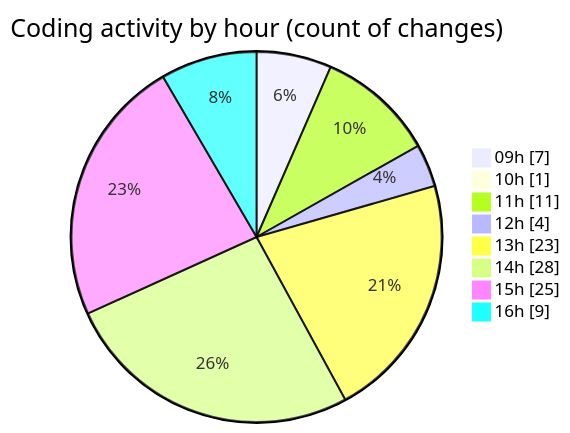
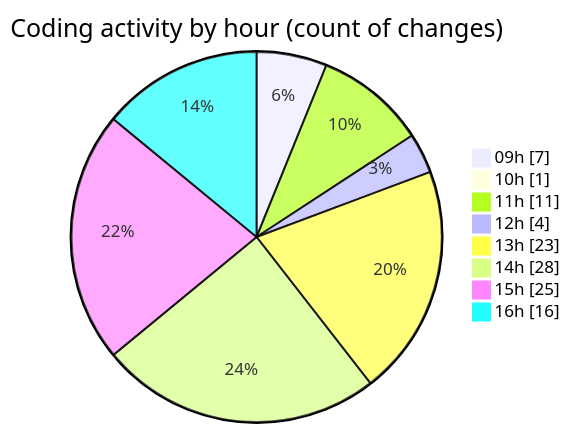
Before and after one commit to momahboobian/code-tracking: the second of 2 diagrams in 2026-04-22/cda/README.md, drawn with Mermaid. The commit also changed other lines of this file and 1 other file, not shown here.

````diff
--- a/2026-04-22/cda/README.md
+++ b/2026-04-22/cda/README.md
@@ -47,12 +47,12 @@
 ```mermaid
 pie showData
 title Coding activity by hour (count of changes)
 "09h" : 7
 "10h" : 1
 "11h" : 11
 "12h" : 4
 "13h" : 23
 "14h" : 28
 "15h" : 25
-"16h" : 9
+"16h" : 16
 ```
````
